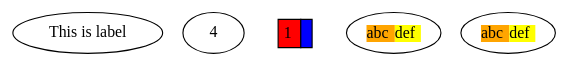
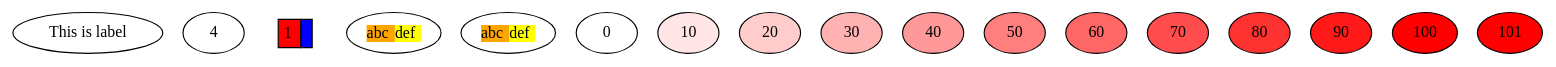
Before and after one commit to phani-gaddam/btp: the diagram in dot graphs/example.gv, drawn with Graphviz. The commit also changed 2 other files, not shown here.

```diff
--- a/dot graphs/example.gv
+++ b/dot graphs/example.gv
@@ -1,33 +1,45 @@
 digraph G {
 	"a dummy" [label="This is label"]
 	4 [tooltip=<
     <table BORDER="0" CELLBORDER="1" CELLSPACING="0" CELLPADDING="4"> 
         <tr>
             <td bgcolor="red" port="L">1</td>
             <td bgcolor="blue" port="R"></td>
         </tr>   
      </table>         >]
 	C [label=<
     <table BORDER="0" CELLBORDER="1" CELLSPACING="0" CELLPADDING="4"> 
         <tr>
             <td bgcolor="red" port="L">1</td>
             <td bgcolor="blue" port="R"></td>
         </tr>   
      </table>         > shape=none]
 	b [label=<
 <table cellpadding="0" cellborder="0" cellspacing="0" border="0">
 <tr>
 <td bgcolor="orange">abc</td>
 <td bgcolor="yellow">def</td>
 </tr>
 </table>
 >]
 	A [label=<
 <table cellpadding="0" cellborder="0" cellspacing="0" border="0" >
 <tr>
 <td bgcolor="orange" >abc</td>
 <td bgcolor="yellow">def</td>
 </tr>
 </table>
 >]
+	0 [fillcolor="0.0 0.0 1.0" style=filled]
+	10 [fillcolor="1.8 0.09999999999999998 1.0" style=filled]
+	20 [fillcolor="1.8 0.19999999999999996 1.0" style=filled]
+	30 [fillcolor="1.8 0.30000000000000004 1.0" style=filled]
+	40 [fillcolor="1.8 0.4 1.0" style=filled]
+	50 [fillcolor="1.8 0.5 1.0" style=filled]
+	60 [fillcolor="1.8 0.6 1.0" style=filled]
+	70 [fillcolor="1.8 0.7 1.0" style=filled]
+	80 [fillcolor="1.8 0.8 1.0" style=filled]
+	90 [fillcolor="1.8 0.9 1.0" style=filled]
+	100 [fillcolor="1.8 1.0 1.0" style=filled]
+	101 [fillcolor="0.0 1.0 1.0" style=filled]
 }
```
